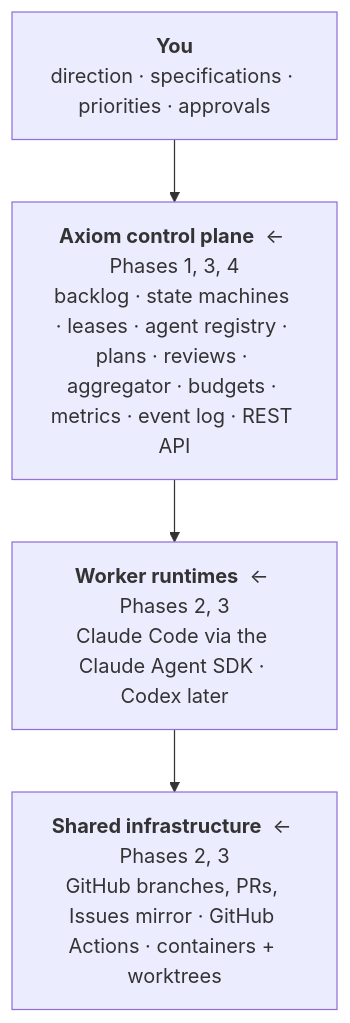
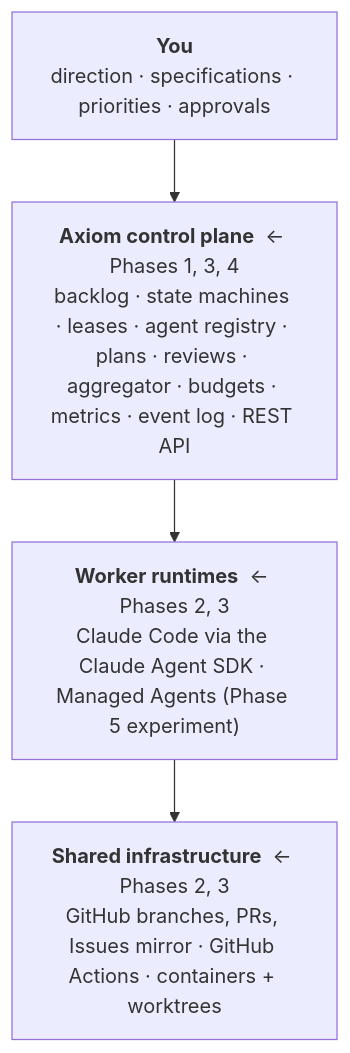
One commit to bharathcmbox/axiom changed the second of 5 diagrams in docs/guide/01-big-picture.md. Above: the diagram before and after it, drawn with Mermaid. The commit also changed other lines of this file and 10 other files, not shown here.

````diff
--- a/docs/guide/01-big-picture.md
+++ b/docs/guide/01-big-picture.md
@@ -33,8 +33,8 @@
 ```mermaid
 flowchart TB
     L1["<b>You</b><br/>direction · specifications · priorities · approvals"]
     L2["<b>Axiom control plane</b>  ← Phases 1, 3, 4<br/>backlog · state machines · leases · agent registry · plans · reviews · aggregator · budgets · metrics · event log · REST API"]
-    L3["<b>Worker runtimes</b>  ← Phases 2, 3<br/>Claude Code via the Claude Agent SDK · Codex later"]
+    L3["<b>Worker runtimes</b>  ← Phases 2, 3<br/>Claude Code via the Claude Agent SDK · Managed Agents (Phase 5 experiment)"]
     L4["<b>Shared infrastructure</b>  ← Phases 2, 3<br/>GitHub branches, PRs, Issues mirror · GitHub Actions · containers + worktrees"]
     L1 --> L2 --> L3 --> L4
 ```
````
